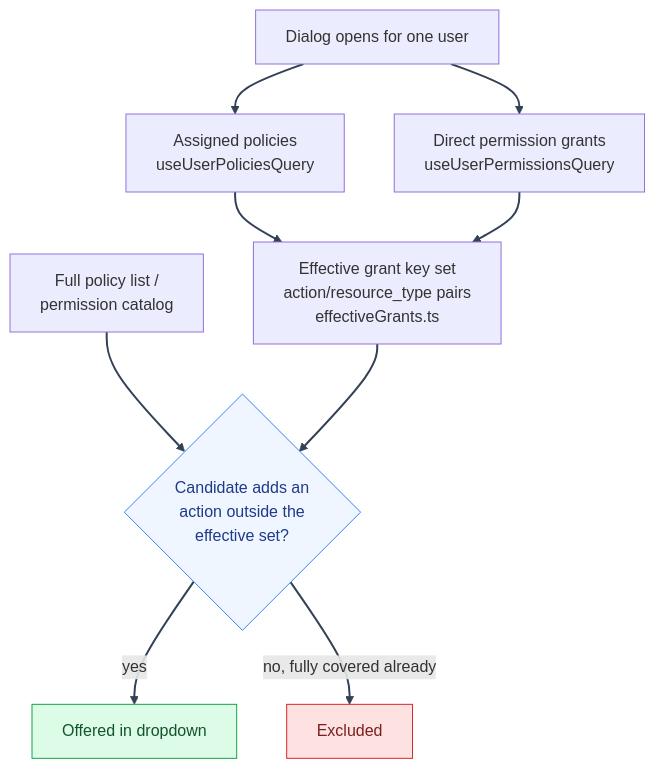
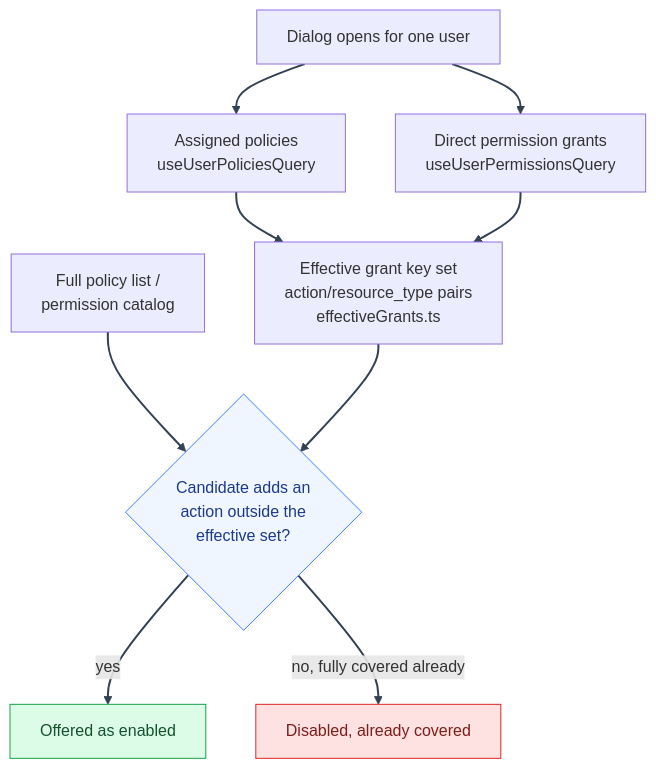
The diagram in docs/mystic_auth/authorization/architecture/frontend-ui.md (Nachiket-2024/mystic-auth), drawn with Mermaid before and after one commit. The commit also changed other lines of this file and 905 other files, not shown here.

````diff
--- a/docs/mystic_auth/authorization/architecture/frontend-ui.md
+++ b/docs/mystic_auth/authorization/architecture/frontend-ui.md
@@ -34,25 +33,25 @@
 ```mermaid
 %%{init: {"themeVariables": {"lineColor": "#334155"}} }%%
 flowchart TD
     Open["Dialog opens for one user"]
     Policies["Assigned policies\n useUserPoliciesQuery"]
     Grants["Direct permission grants\n useUserPermissionsQuery"]
     Build["Effective grant key set\n action/resource_type pairs\n effectiveGrants.ts"]
     Catalog["Full policy list /\n permission catalog"]
     Check{"Candidate adds an\n action outside the\n effective set?"}
-    Offer["Offered in dropdown"]
-    Skip["Excluded"]
+    Offer["Offered as enabled"]
+    Skip["Disabled, already covered"]
     Open --> Policies --> Build
     Open --> Grants --> Build
     Catalog --> Check
     Build --> Check
     Check -- "yes" --> Offer
     Check -- "no, fully covered already" --> Skip
     classDef success fill:#dcfce7,stroke:#16a34a,color:#14532d
     classDef blocked fill:#fee2e2,stroke:#dc2626,color:#7f1d1d
     classDef decision fill:#eff6ff,stroke:#3b82f6,color:#1e3a8a
     class Offer success
     class Skip blocked
     class Check decision
     linkStyle default stroke:#334155,stroke-width:2px
 ```
````
